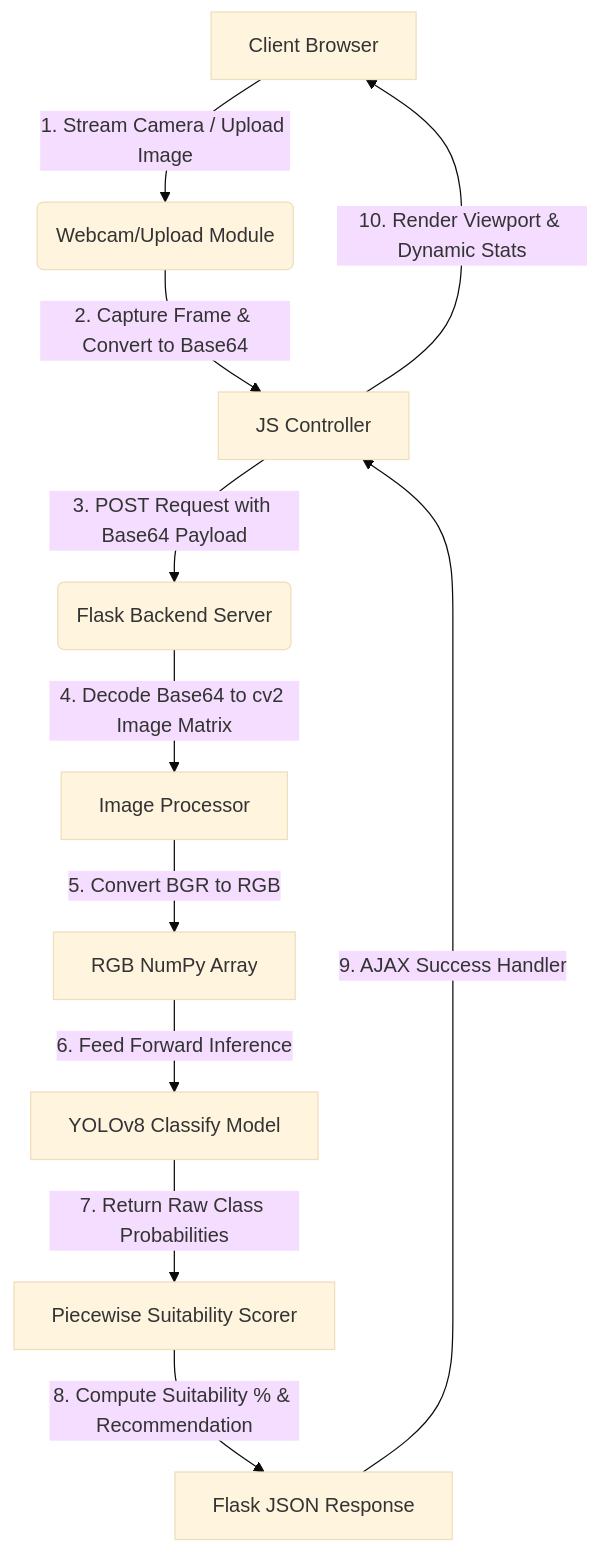
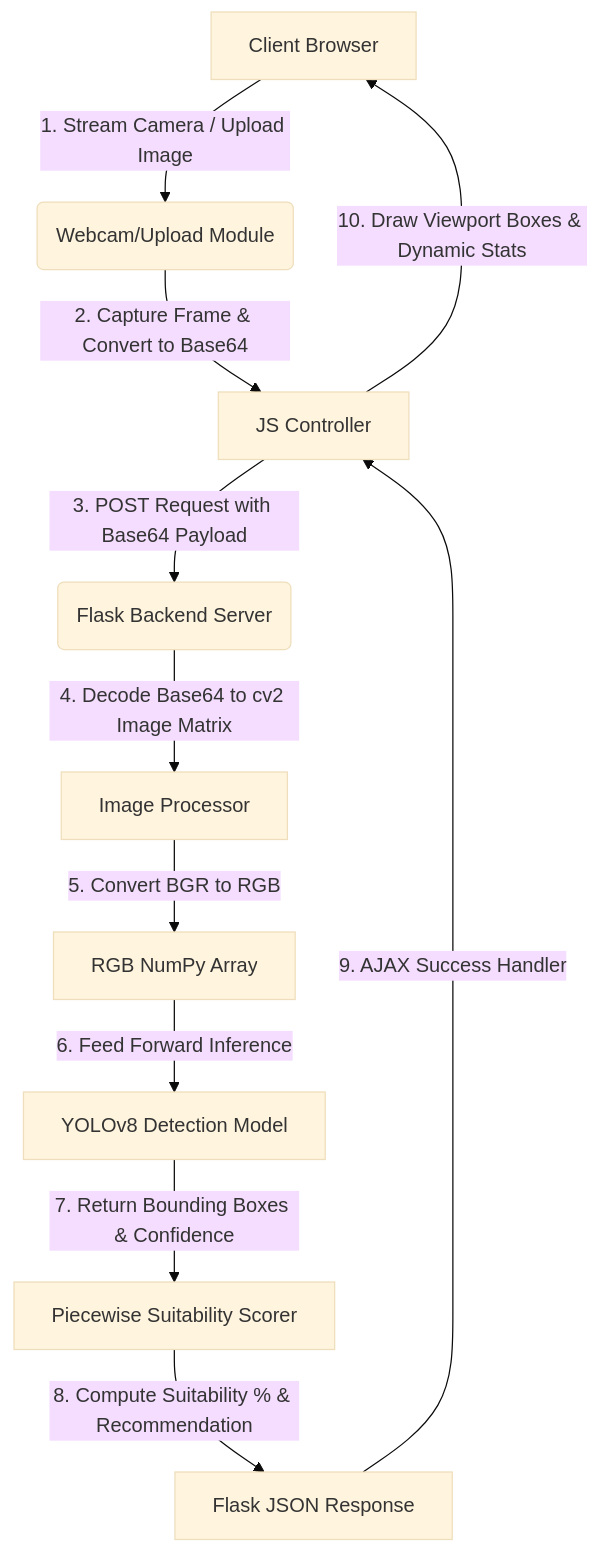
Before and after one commit to gaztudio-id/mbg_freshness_ai_YOLO: the diagram in README.md, drawn with Mermaid (base theme). The commit also changed other lines of this file, not shown here.

Commit message:
docs: refine README documentation to align with YOLOv8 object detection workflow

````diff
--- a/README.md
+++ b/README.md
@@ -18,13 +18,13 @@
 ```mermaid
 graph TD
     A[Client Browser] -->|1. Stream Camera / Upload Image| B(Webcam/Upload Module)
     B -->|2. Capture Frame & Convert to Base64| C[JS Controller]
     C -->|3. POST Request with Base64 Payload| D(Flask Backend Server)
     D -->|4. Decode Base64 to cv2 Image Matrix| E[Image Processor]
     E -->|5. Convert BGR to RGB| F[RGB NumPy Array]
-    F -->|6. Feed Forward Inference| G[YOLOv8 Classify Model]
-    G -->|7. Return Raw Class Probabilities| H[Piecewise Suitability Scorer]
+    F -->|6. Feed Forward Inference| G[YOLOv8 Detection Model]
+    G -->|7. Return Bounding Boxes & Confidence| H[Piecewise Suitability Scorer]
     H -->|8. Compute Suitability % & Recommendation| I[Flask JSON Response]
     I -->|9. AJAX Success Handler| C
-    C -->|10. Render Viewport & Dynamic Stats| A
+    C -->|10. Draw Viewport Boxes & Dynamic Stats| A
 ```
````
